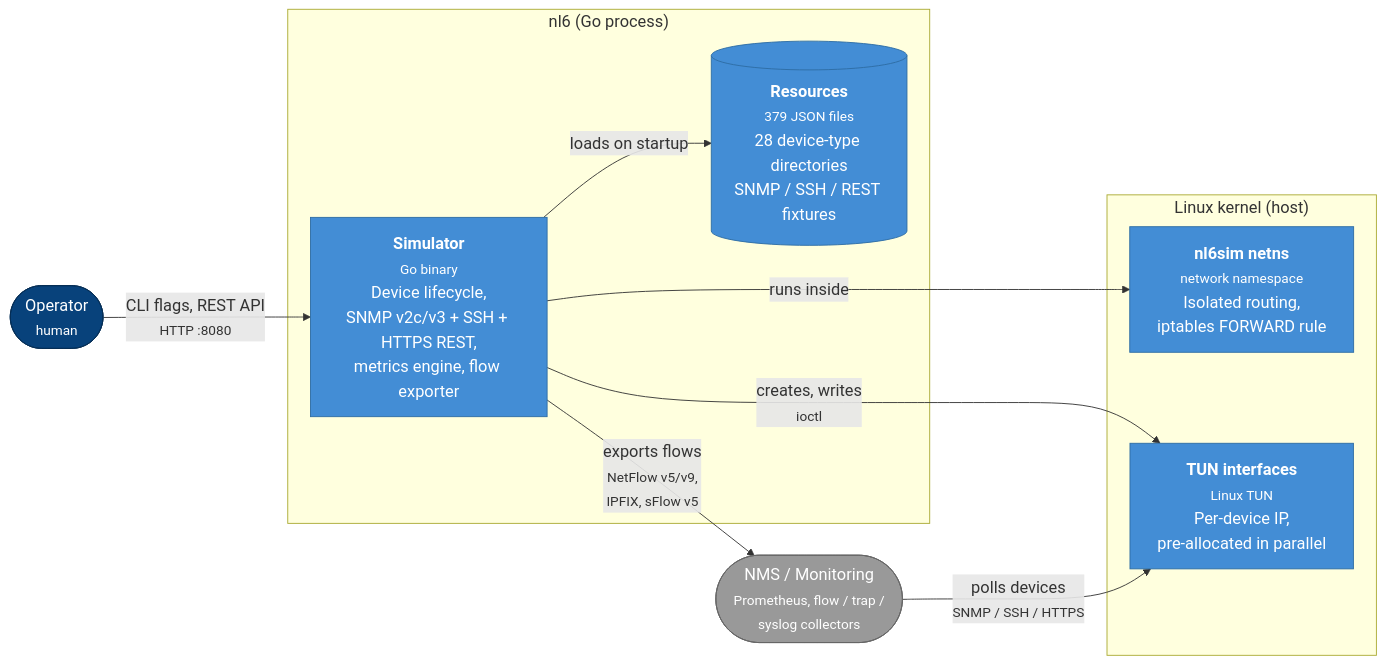
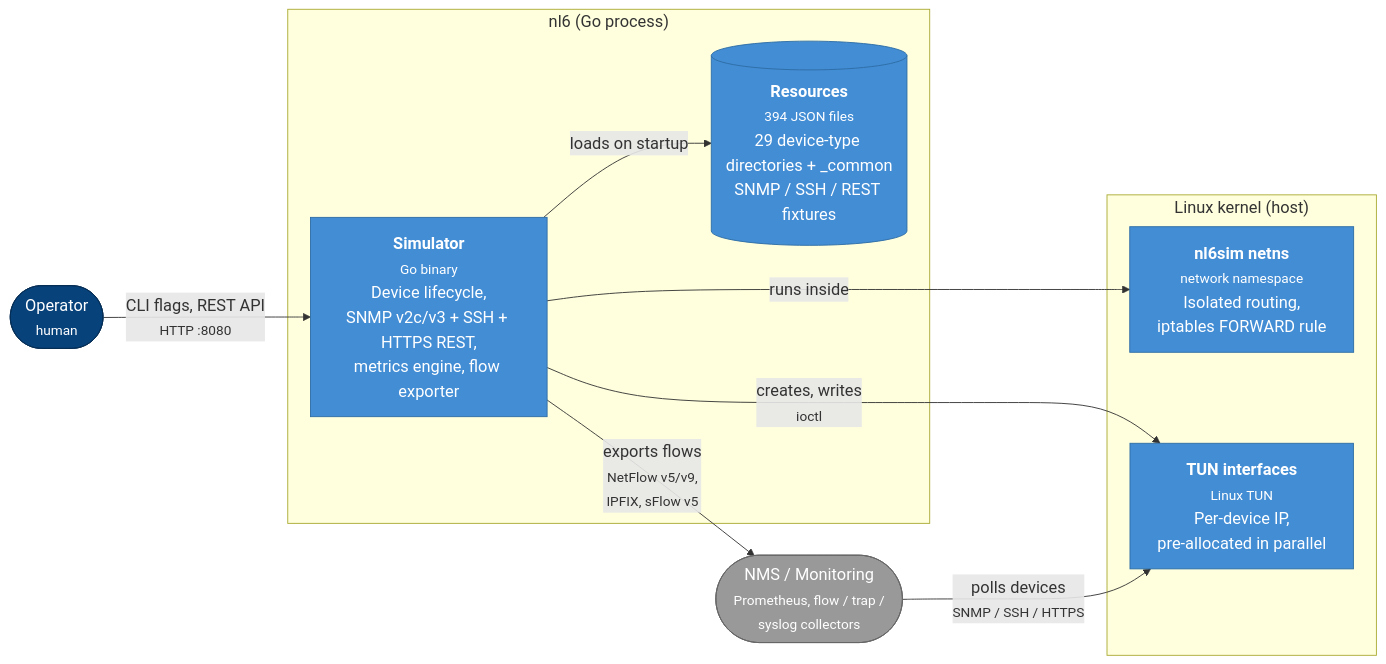
Before and after one commit to labmonkeys-space/nl6: the diagram in docs/explanation/architecture.md, drawn with Mermaid. The commit also changed other lines of this file and 15 other files, not shown here.

````diff
--- a/docs/explanation/architecture.md
+++ b/docs/explanation/architecture.md
@@ -18,28 +18,28 @@
 ```mermaid
 %%{init: {'themeVariables': {'fontSize': '18px'}}}%%
 flowchart LR
     operator(["Operator<br/><small>human</small>"]):::person
     nms(["NMS / Monitoring<br/><small>Prometheus, flow / trap /<br/>syslog collectors</small>"]):::ext
 
     subgraph nl6 ["nl6 (Go process)"]
         simulator["<b>Simulator</b><br/><small>Go binary</small><br/>Device lifecycle,<br/>SNMP v2c/v3 + SSH + HTTPS REST,<br/>metrics engine, flow exporter"]
-        resources[("<b>Resources</b><br/><small>379 JSON files</small><br/>28 device-type directories<br/>SNMP / SSH / REST fixtures")]
+        resources[("<b>Resources</b><br/><small>394 JSON files</small><br/>29 device-type directories + _common<br/>SNMP / SSH / REST fixtures")]
     end
 
     subgraph kernel ["Linux kernel (host)"]
         netns["<b>nl6sim netns</b><br/><small>network namespace</small><br/>Isolated routing,<br/>iptables FORWARD rule"]
         tun["<b>TUN interfaces</b><br/><small>Linux TUN</small><br/>Per-device IP,<br/>pre-allocated in parallel"]
     end
 
     operator -->|"CLI flags, REST API<br/><small>HTTP :8080</small>"| simulator
     simulator -->|loads on startup| resources
     simulator -->|creates, writes<br/><small>ioctl</small>| tun
     simulator -->|runs inside| netns
     nms -->|"polls devices<br/><small>SNMP / SSH / HTTPS</small>"| tun
     simulator -->|"exports flows<br/><small>NetFlow v5/v9,<br/>IPFIX, sFlow v5</small>"| nms
 
     classDef person fill:#08427b,stroke:#052e56,color:#fff
     classDef ext fill:#999,stroke:#666,color:#fff
     classDef default fill:#438dd5,stroke:#2e6da4,color:#fff
     class simulator,resources,netns,tun default
 ```
````
